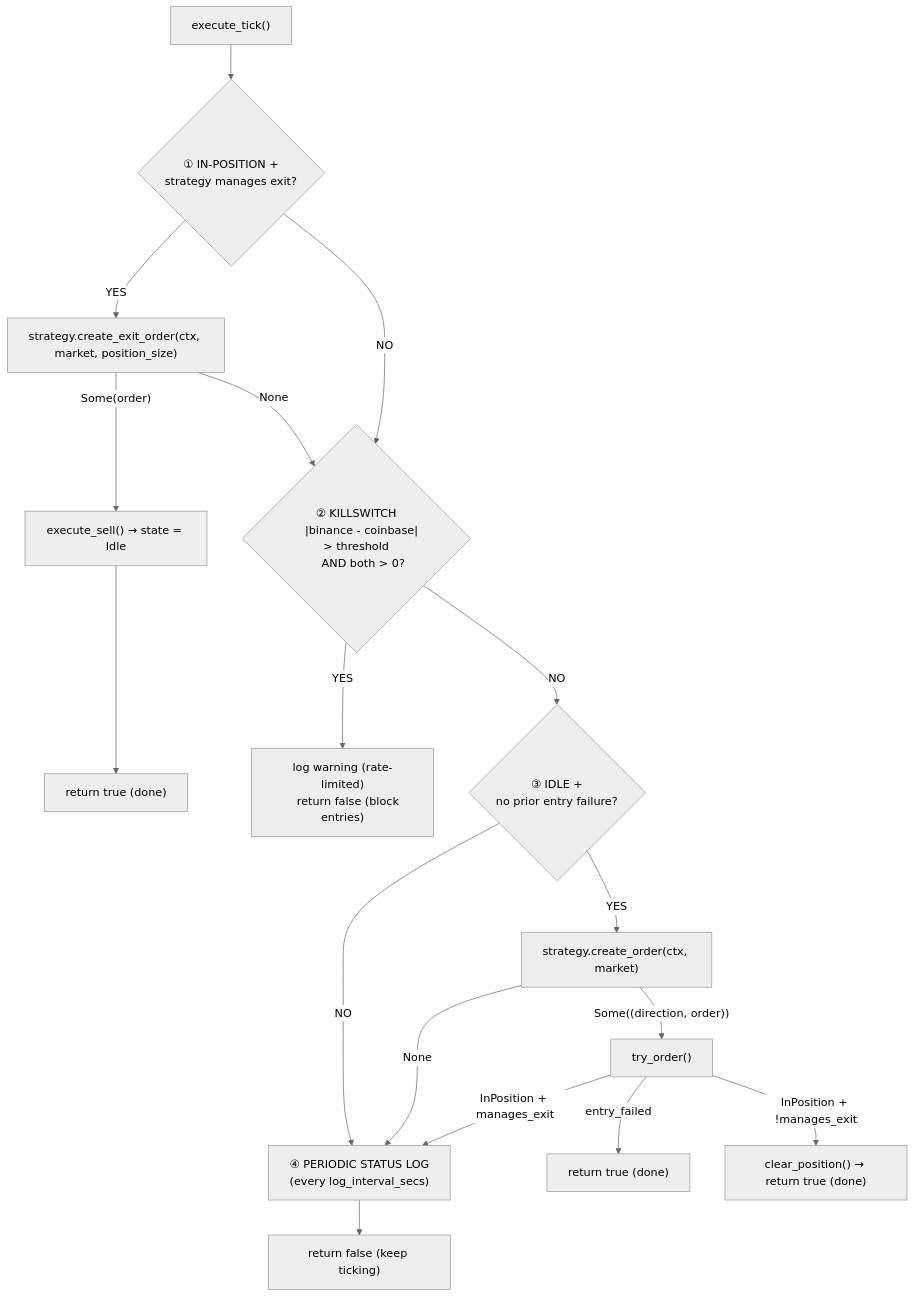
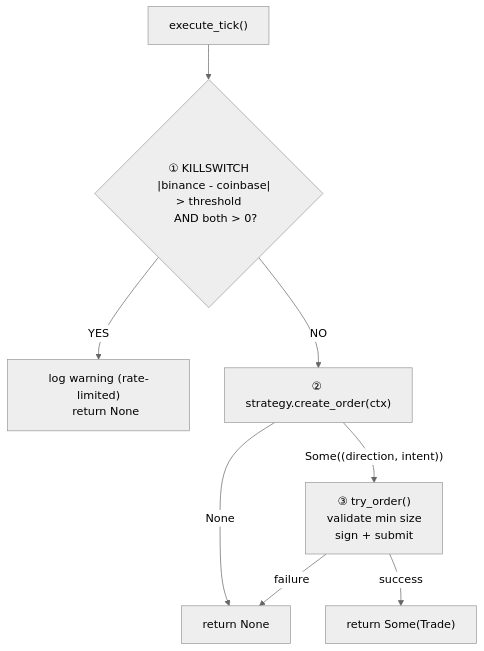
One commit to bbono/serekes changed the third of 3 diagrams in docs/WORKFLOW.md. Above: the diagram before and after it, drawn with Mermaid (neutral theme). The commit also changed other lines of this file and 7 other files, not shown here.

````diff
--- a/docs/WORKFLOW.md
+++ b/docs/WORKFLOW.md
@@ -76,30 +76,17 @@
 ```mermaid
 flowchart TD
-    START["execute_tick()"] --> CHECK_POS{"① IN-POSITION +
-    strategy manages exit?"}
-
-    CHECK_POS -->|YES| EXIT["strategy.create_exit_order(ctx, market, position_size)"]
-    EXIT -->|"Some(order)"| SELL["execute_sell() → state = Idle"] --> DONE_TRUE["return true (done)"]
-    EXIT -->|None| KS
-
-    CHECK_POS -->|NO| KS{"② KILLSWITCH
+    START["execute_tick()"] --> KS{"① KILLSWITCH
     |binance - coinbase| > threshold
     AND both > 0?"}
 
     KS -->|YES| BLOCK["log warning (rate-limited)
-    return false (block entries)"]
+    return None"]
 
-    KS -->|NO| IDLE{"③ IDLE +
-    no prior entry failure?"}
-
-    IDLE -->|NO| LOG
-    IDLE -->|YES| ENTRY["strategy.create_order(ctx, market)"]
-    ENTRY -->|None| LOG
-    ENTRY -->|"Some((direction, order))"| ORDER["try_order()"]
-    ORDER -->|entry_failed| DONE_TRUE2["return true (done)"]
-    ORDER -->|"InPosition + !manages_exit"| CLEAR["clear_position() → return true (done)"]
-    ORDER -->|"InPosition + manages_exit"| LOG
-
-    LOG["④ PERIODIC STATUS LOG
-    (every log_interval_secs)"] --> KEEP["return false (keep ticking)"]
+    KS -->|NO| ENTRY["② strategy.create_order(ctx)"]
+    ENTRY -->|None| DONE["return None"]
+    ENTRY -->|"Some((direction, intent))"| ORDER["③ try_order()
+    validate min size
+    sign + submit"]
+    ORDER -->|success| TRADE["return Some(Trade)"]
+    ORDER -->|failure| DONE
 ```
````
